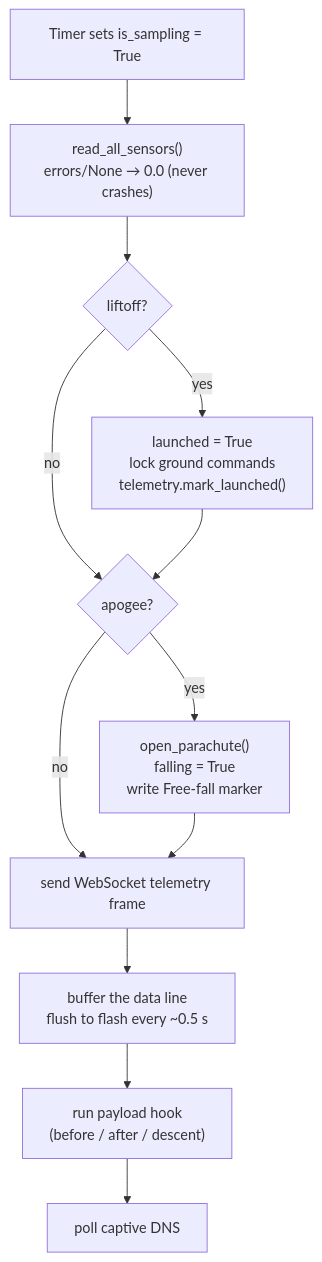
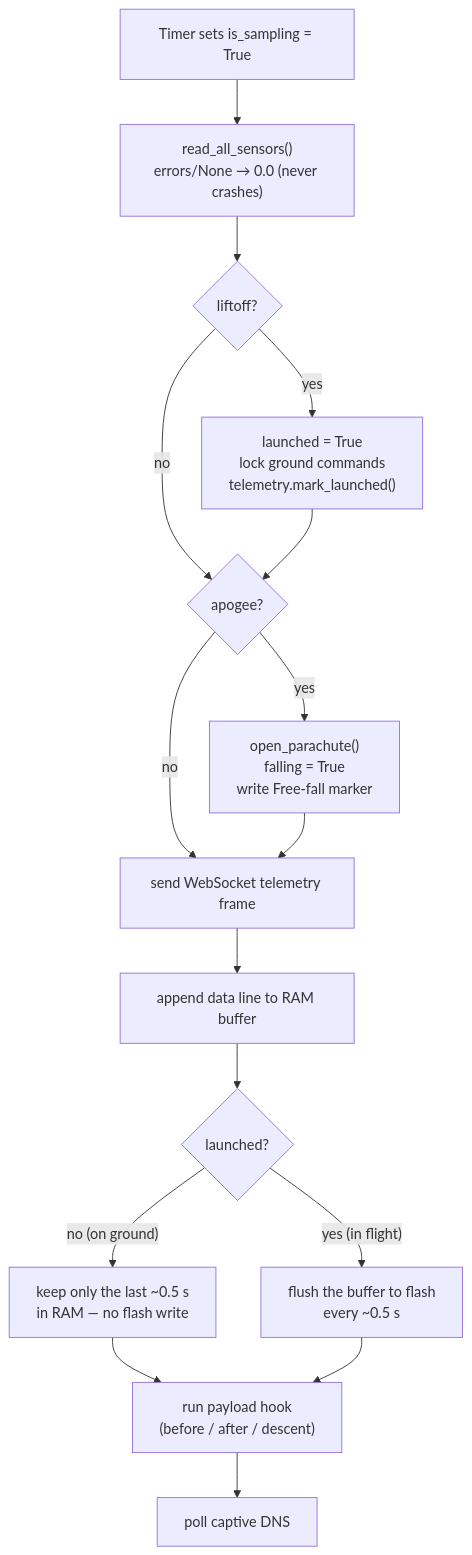
Before and after one commit to berryrocket/br-code: the third of 7 diagrams in README.md, drawn with Mermaid. The commit also changed other lines of this file, not shown here.

Commit message:
update readme for figure corrections

````diff
--- a/README.md
+++ b/README.md
@@ -161,14 +161,18 @@
 ```mermaid
 flowchart TD
     T["Timer sets is_sampling = True"] --> R["read_all_sensors()<br/>errors/None → 0.0 (never crashes)"]
     R --> L{liftoff?}
     L -- yes --> L2["launched = True<br/>lock ground commands<br/>telemetry.mark_launched()"]
     L -- no --> A
     L2 --> A{apogee?}
     A -- yes --> A2["open_parachute()<br/>falling = True<br/>write Free-fall marker"]
     A -- no --> TX
     A2 --> TX["send WebSocket telemetry frame"]
-    TX --> W["buffer the data line<br/>flush to flash every ~0.5 s"]
-    W --> P["run payload hook<br/>(before / after / descent)"]
+    TX --> B["append data line to RAM buffer"]
+    B --> G{launched?}
+    G -->|"no (on ground)"| G1["keep only the last ~0.5 s<br/>in RAM — no flash write"]
+    G -->|"yes (in flight)"| G2["flush the buffer to flash<br/>every ~0.5 s"]
+    G1 --> P["run payload hook<br/>(before / after / descent)"]
+    G2 --> P
     P --> DNS["poll captive DNS"]
 ```
````
